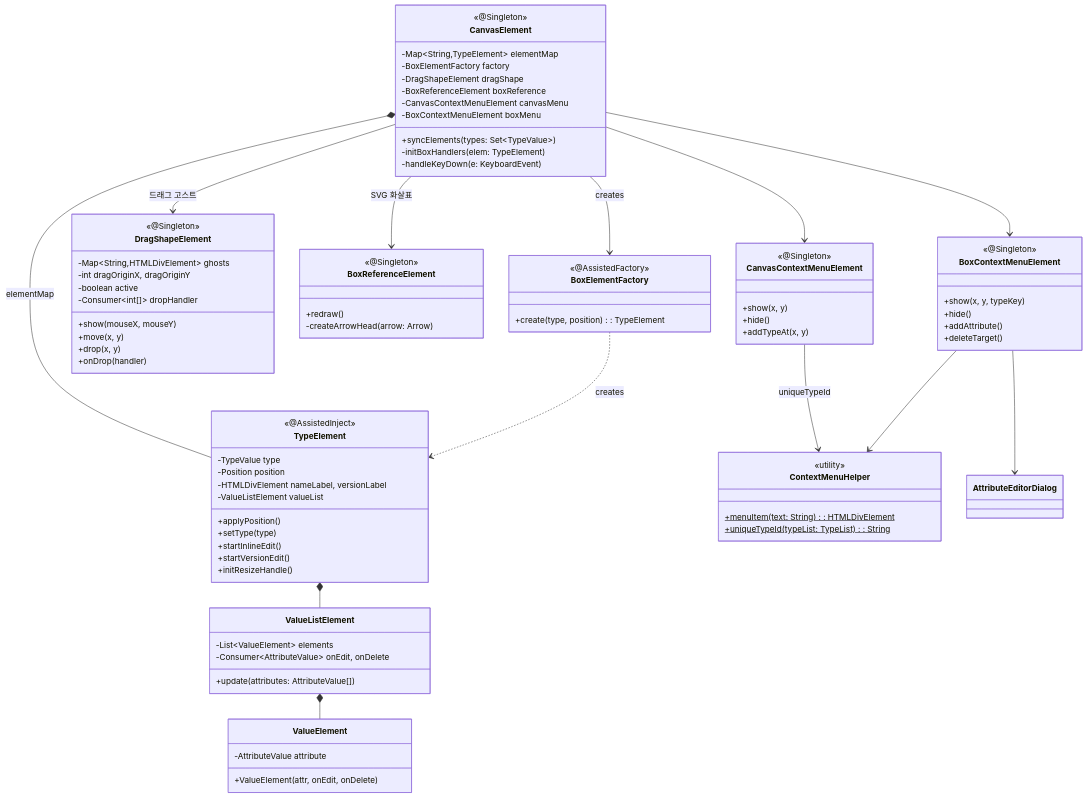
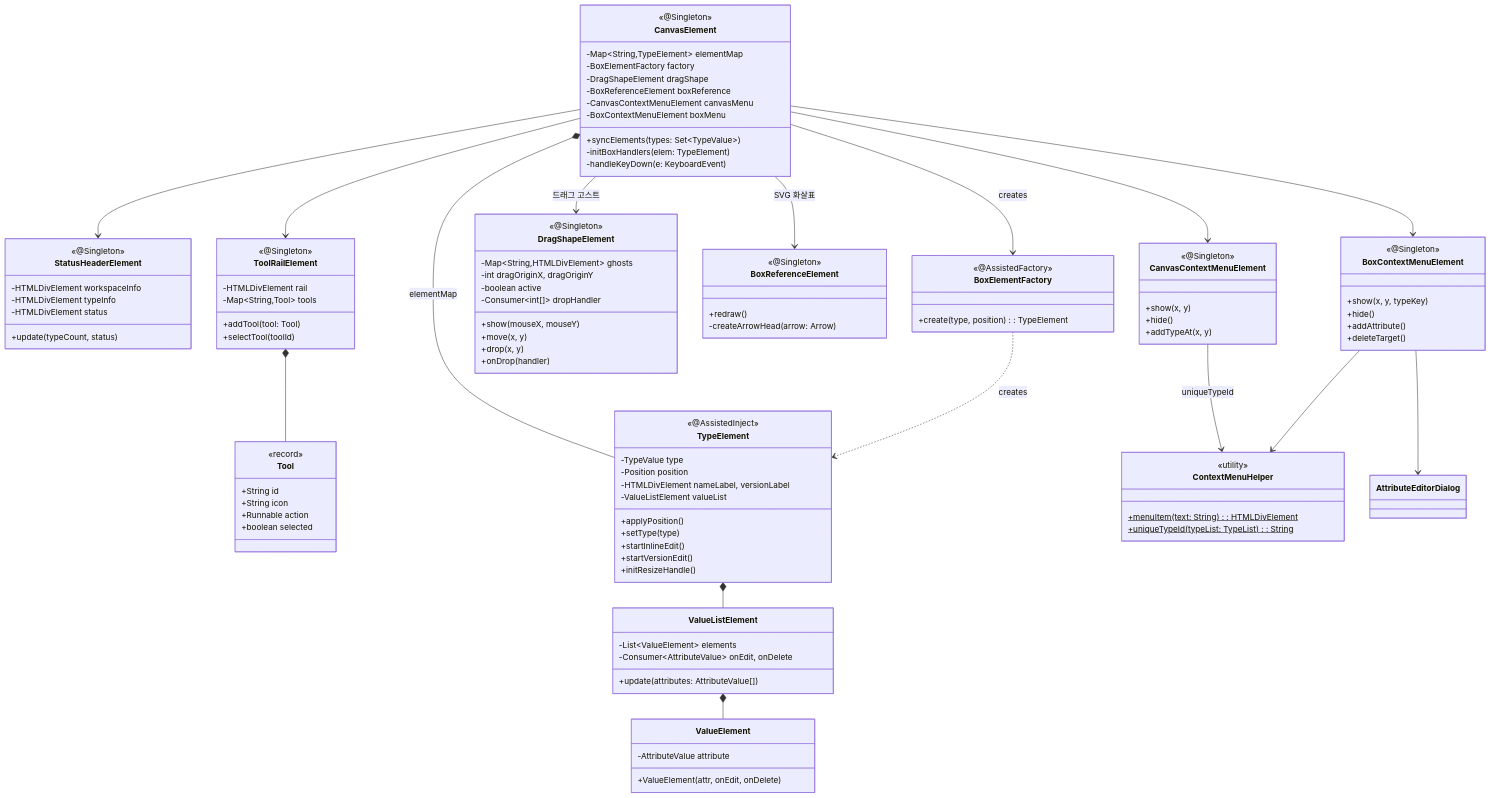
Before and after one commit to sayaya1090/handbook: the fifth of 11 diagrams in type-ui/CLASS-DIAGRAM.md, drawn with Mermaid. The commit also changed 13 other files, not shown here.

```diff
--- a/type-ui/CLASS-DIAGRAM.md
+++ b/type-ui/CLASS-DIAGRAM.md
@@ -304,6 +304,27 @@
         +syncElements(types: Set~TypeValue~)
         -initBoxHandlers(elem: TypeElement)
         -handleKeyDown(e: KeyboardEvent)
+    }
+    class StatusHeaderElement {
+        <<@Singleton>>
+        -HTMLDivElement workspaceInfo
+        -HTMLDivElement typeInfo
+        -HTMLDivElement status
+        +update(typeCount, status)
+    }
+    class ToolRailElement {
+        <<@Singleton>>
+        -HTMLDivElement rail
+        -Map~String,Tool~ tools
+        +addTool(tool: Tool)
+        +selectTool(toolId)
+    }
+    class Tool {
+        <<record>>
+        +String id
+        +String icon
+        +Runnable action
+        +boolean selected
     }
     class TypeElement {
         <<@AssistedInject>>
@@ -371,6 +392,9 @@
     CanvasElement --> BoxReferenceElement : SVG 화살표
     CanvasElement --> CanvasContextMenuElement
     CanvasElement --> BoxContextMenuElement
+    CanvasElement --> StatusHeaderElement
+    CanvasElement --> ToolRailElement
+    ToolRailElement *-- Tool
     BoxElementFactory ..> TypeElement : creates
     TypeElement *-- ValueListElement
     ValueListElement *-- ValueElement
```
